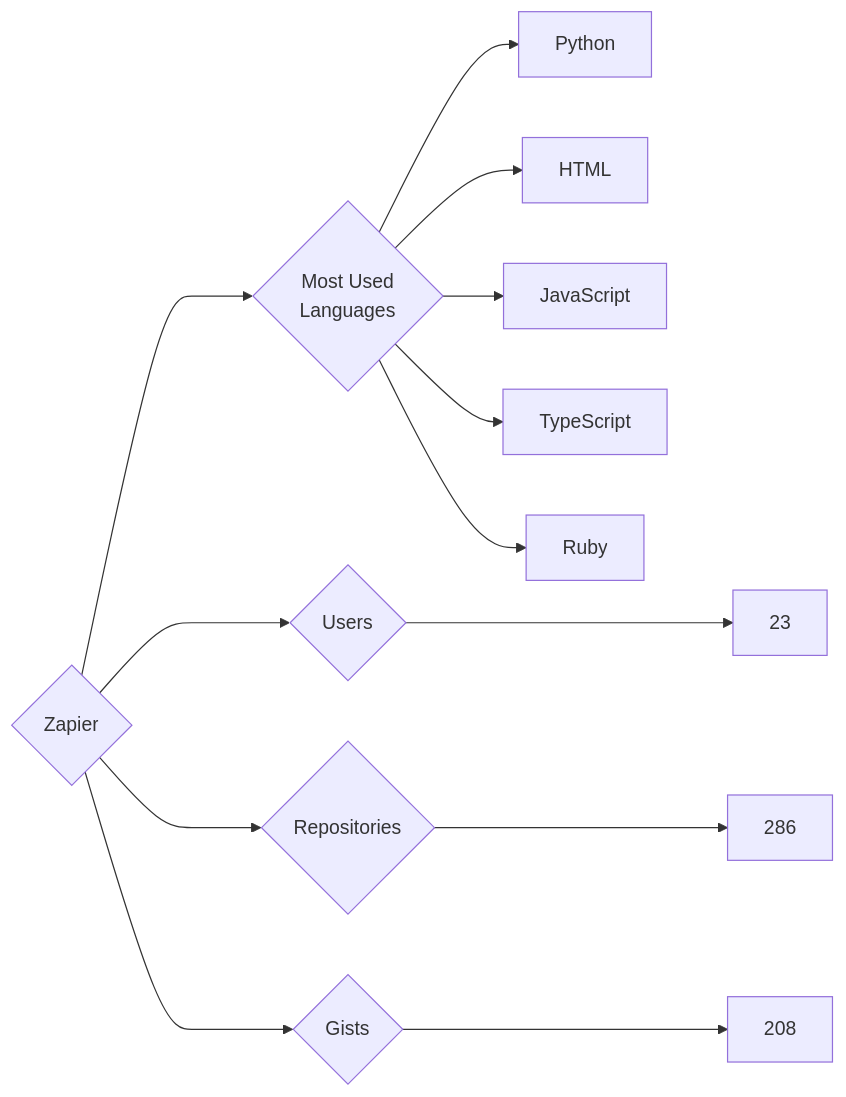
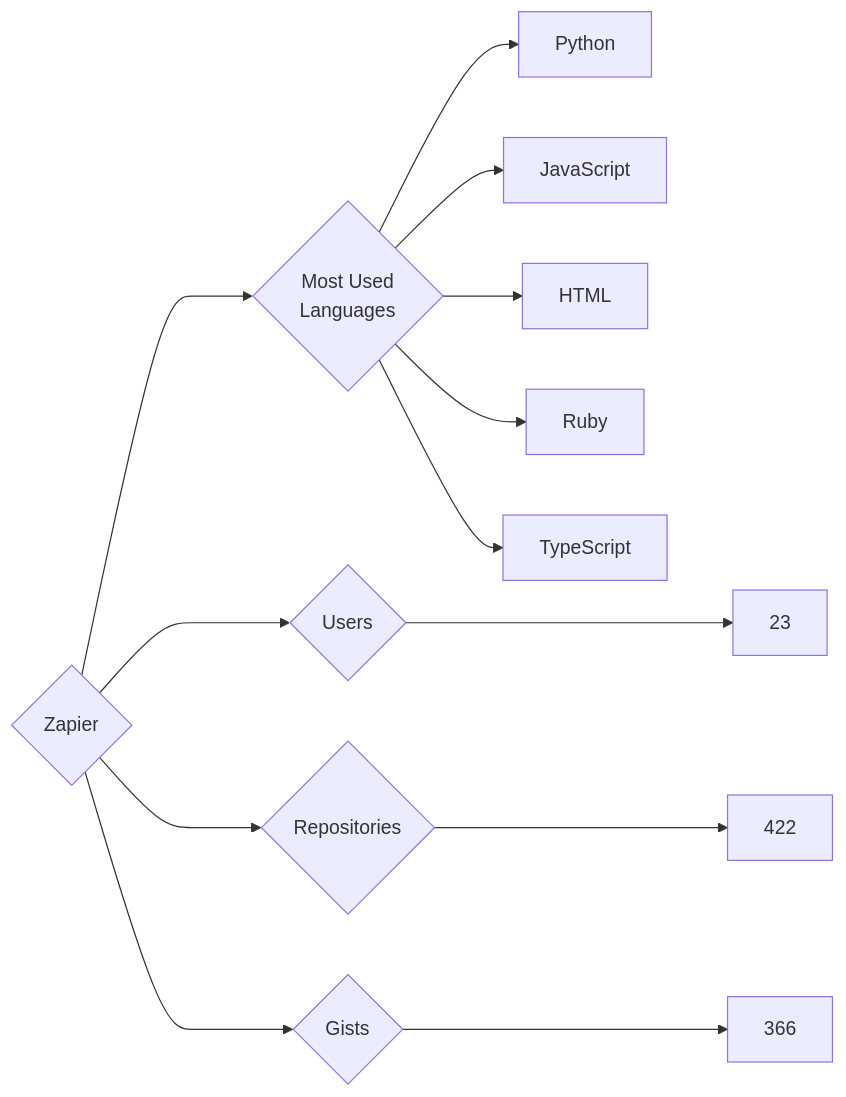
Before and after one commit to trickest/insiders: the diagram in targets/Zapier/README.md, drawn with Mermaid. The commit also changed 964 other files, not shown here.

````diff
--- a/targets/Zapier/README.md
+++ b/targets/Zapier/README.md
@@ -3,13 +3,13 @@
 ```mermaid
 graph LR
 COMPANY_NAME{Zapier}
 COMPANY_NAME ---> U{Users} ---> UN[23]
-COMPANY_NAME ---> R{Repositories} ---> RN[286]
-COMPANY_NAME ---> G{Gists} ---> GN[208]
+COMPANY_NAME ---> R{Repositories} ---> RN[422]
+COMPANY_NAME ---> G{Gists} ---> GN[366]
 COMPANY_NAME ---> ML{Most Used<br>Languages}
 ML --> Python[Python]
+ML --> JavaScript[JavaScript]
 ML --> HTML[HTML]
-ML --> JavaScript[JavaScript]
+ML --> Ruby[Ruby]
 ML --> TypeScript[TypeScript]
-ML --> Ruby[Ruby]
 ```
````
